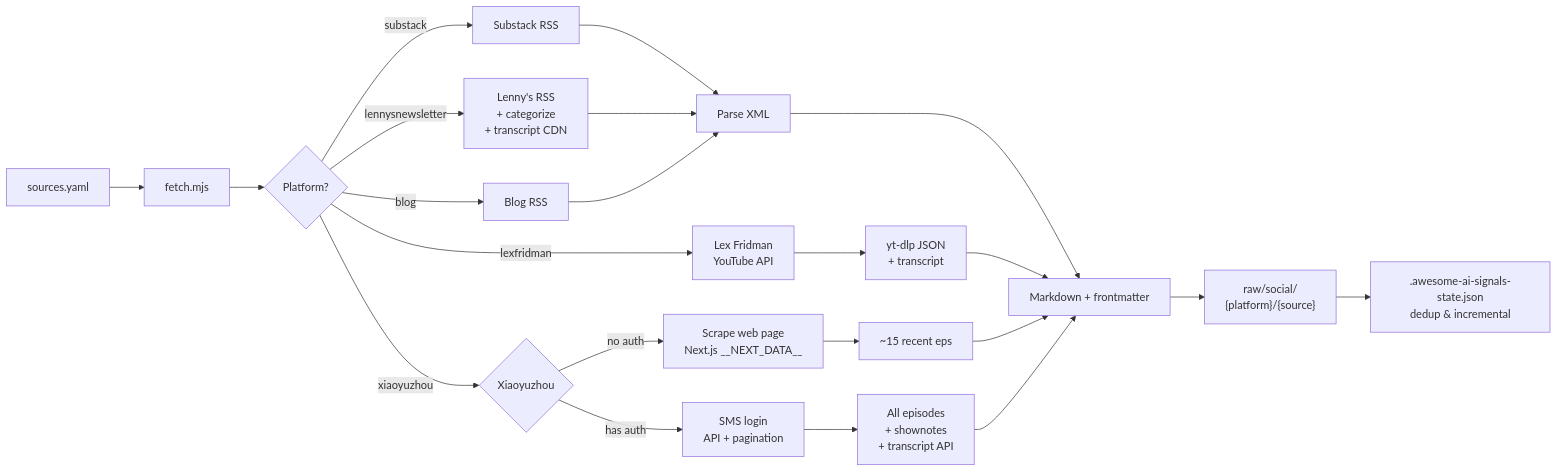
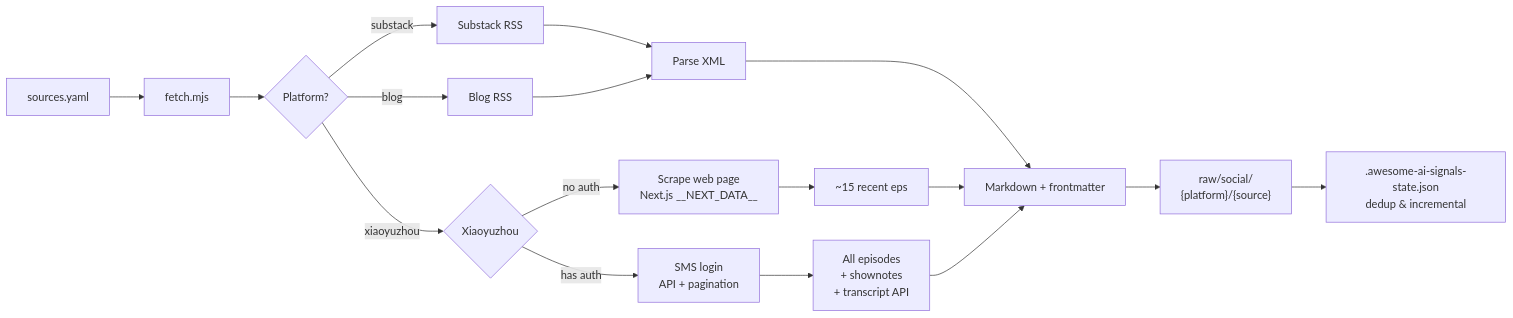
The diagram in README.md (Royce17/AI-Signals), drawn with Mermaid before and after one commit. The commit also changed other lines of this file and 2 other files, not shown here.

````diff
--- a/README.md
+++ b/README.md
@@ -126,42 +122,30 @@
 ```mermaid
 flowchart LR
     A[sources.yaml] --> B[fetch.mjs]
     B --> C{Platform?}
 
     C -->|substack| D[Substack RSS]
-    C -->|lennysnewsletter| D2["Lenny's RSS
-+ categorize
-+ transcript CDN"]
     C -->|blog| E[Blog RSS]
-    C -->|lexfridman| E2["Lex Fridman
-YouTube API"]
     C -->|xiaoyuzhou| F{Xiaoyuzhou}
 
     D --> G[Parse XML]
-    D2 --> G
     E --> G
-    E2 --> G2["yt-dlp JSON
-+ transcript"]
-
-    G --> L[Markdown + frontmatter]
-    G2 --> L
 
     F -->|no auth| H["Scrape web page
 Next.js __NEXT_DATA__"]
     F -->|has auth| I["SMS login
 API + pagination"]
 
     H --> J[~15 recent eps]
-    I --> K["All episodes
-+ shownotes
-+ transcript API"]
+    I --> K["All episodes<br/>+ shownotes<br/>+ transcript API"]
 
+    G --> L[Markdown + frontmatter]
     J --> L
     K --> L
 
     L --> M["raw/social/
 {platform}/{source}"]
 
     M --> N[".awesome-ai-signals-state.json
 dedup & incremental"]
 ```
````
